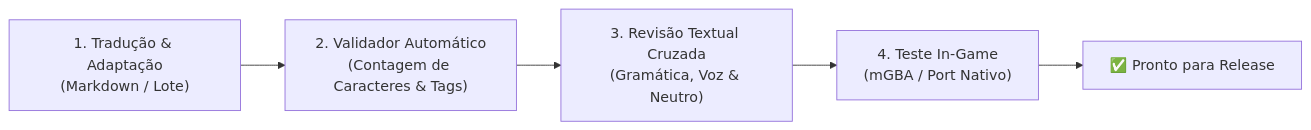
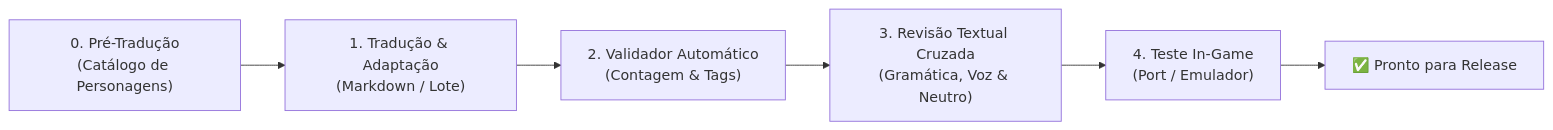
Before and after one commit to ewertonhseixas/gba-roms-translator-ptbr: the diagram in jogos/Summon_Night_Swordcraft_Story_1/docs/protocolo-de-traducao.md, drawn with Mermaid. The commit also changed other lines of this file and 87 other files, not shown here.

````diff
--- a/jogos/Summon_Night_Swordcraft_Story_1/docs/protocolo-de-traducao.md
+++ b/jogos/Summon_Night_Swordcraft_Story_1/docs/protocolo-de-traducao.md
@@ -181,7 +195,8 @@
 ```mermaid
 flowchart LR
-    A["1. Tradução & Adaptação<br>(Markdown / Lote)"] --> B["2. Validador Automático<br>(Contagem de Caracteres & Tags)"]
-    B --> C["3. Revisão Textual Cruzada<br>(Gramática, Voz & Neutro)"]
-    C --> D["4. Teste In-Game<br>(mGBA / Port Nativo)"]
-    D --> E["✅ Pronto para Release"]
+    A["0. Pré-Tradução<br>(Catálogo de Personagens)"] --> B["1. Tradução & Adaptação<br>(Markdown / Lote)"]
+    B --> C["2. Validador Automático<br>(Contagem & Tags)"]
+    C --> D["3. Revisão Textual Cruzada<br>(Gramática, Voz & Neutro)"]
+    D --> E["4. Teste In-Game<br>(Port / Emulador)"]
+    E --> F["✅ Pronto para Release"]
 ```
````
